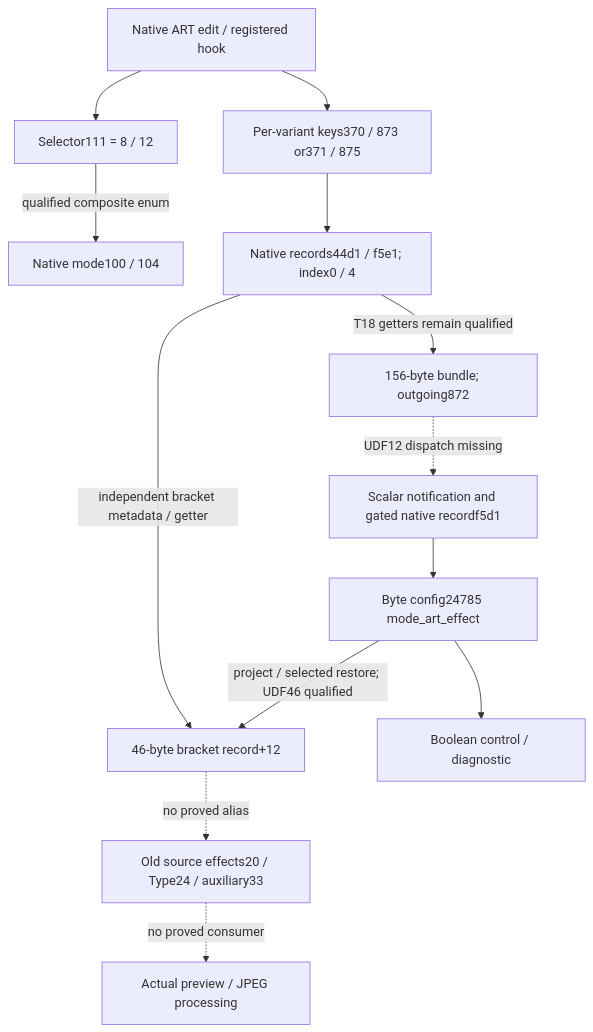
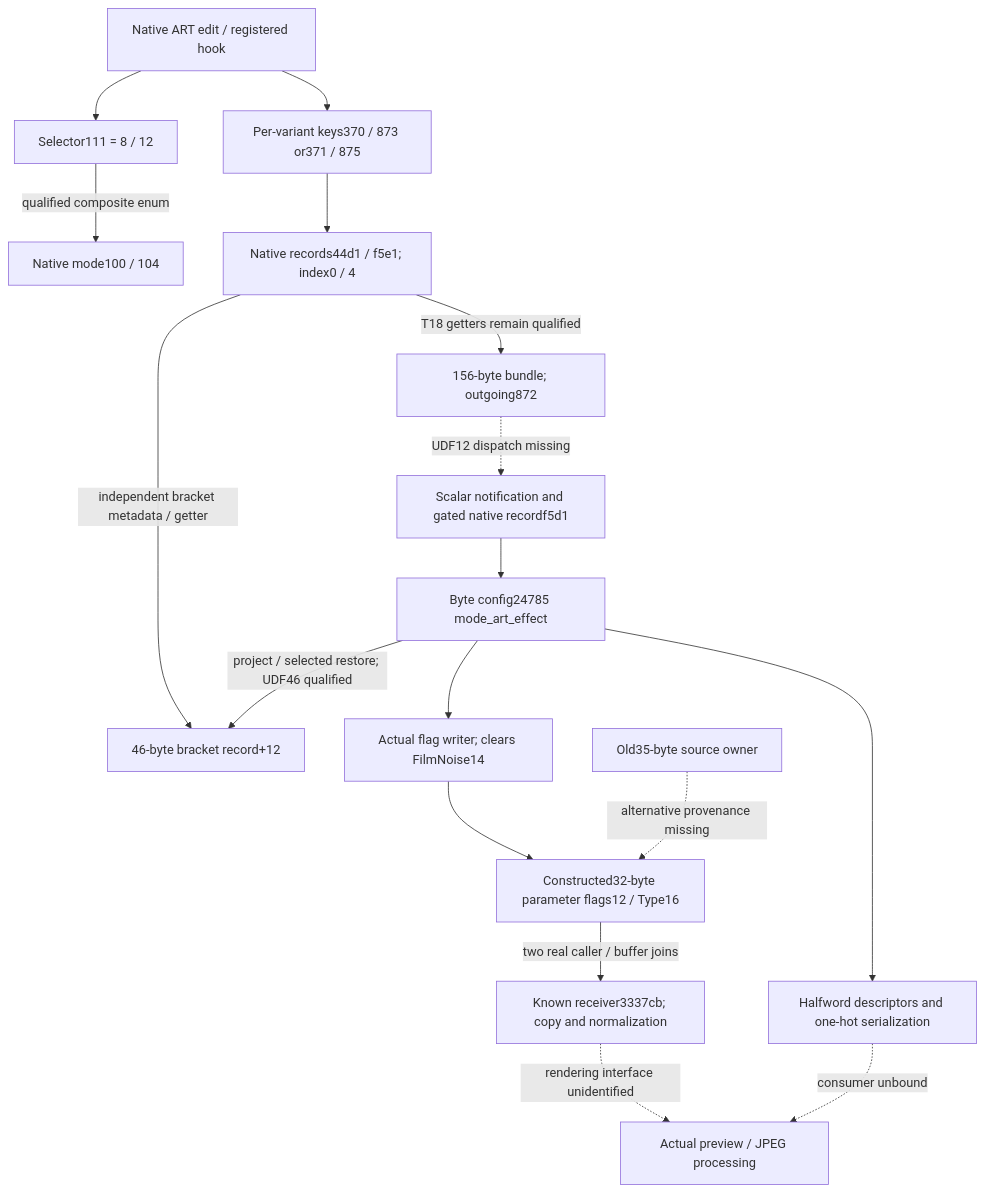
Before and after one commit to ZakuZakuu/ep7-film-hack: the diagram in research/e142-art-native-consumers.md, drawn with Mermaid. The commit also changed other lines of this file and 7 other files, not shown here.

Commit message:
research: join native ART flags to the validated effects receiver

````diff
--- a/research/e142-art-native-consumers.md
+++ b/research/e142-art-native-consumers.md
@@ -67,15 +83,19 @@
 ```mermaid
 flowchart TD
  A[Native ART edit / registered hook] --> B[Selector111 = 8 / 12]
  B -->|qualified composite enum| C[Native mode100 / 104]
  A --> D[Per-variant keys370 / 873 or371 / 875]
  D --> E[Native records44d1 / f5e1; index0 / 4]
  E -->|T18 getters remain qualified| F[156-byte bundle; outgoing872]
  F -. UDF12 dispatch missing .-> G[Scalar notification and gated native recordf5d1]
  G --> H[Byte config24785 mode_art_effect]
  E -->|independent bracket metadata / getter| I[46-byte bracket record+12]
  H -->|project / selected restore; UDF46 qualified| I
- H --> J[Boolean control / diagnostic]
- I -. no proved alias .-> K[Old source effects20 / Type24 / auxiliary33]
- K -. no proved consumer .-> P[Actual preview / JPEG processing]
+ H --> W[Actual flag writer; clears FilmNoise14]
+ W --> T[Constructed32-byte parameter flags12 / Type16]
+ T -->|two real caller / buffer joins| R[Known receiver3337cb; copy and normalization]
+ O[Old35-byte source owner] -. alternative provenance missing .-> T
+ R -. rendering interface unidentified .-> P[Actual preview / JPEG processing]
+ H --> Q[Halfword descriptors and one-hot serialization]
+ Q -. consumer unbound .-> P
 ```
````
